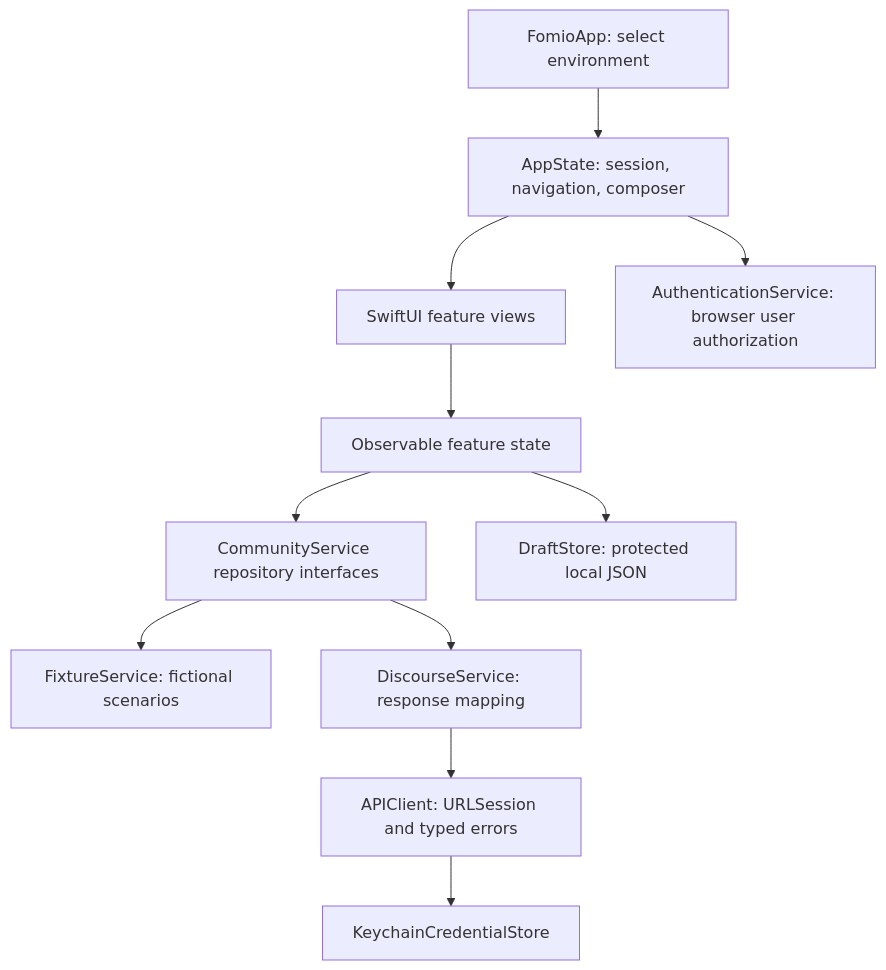
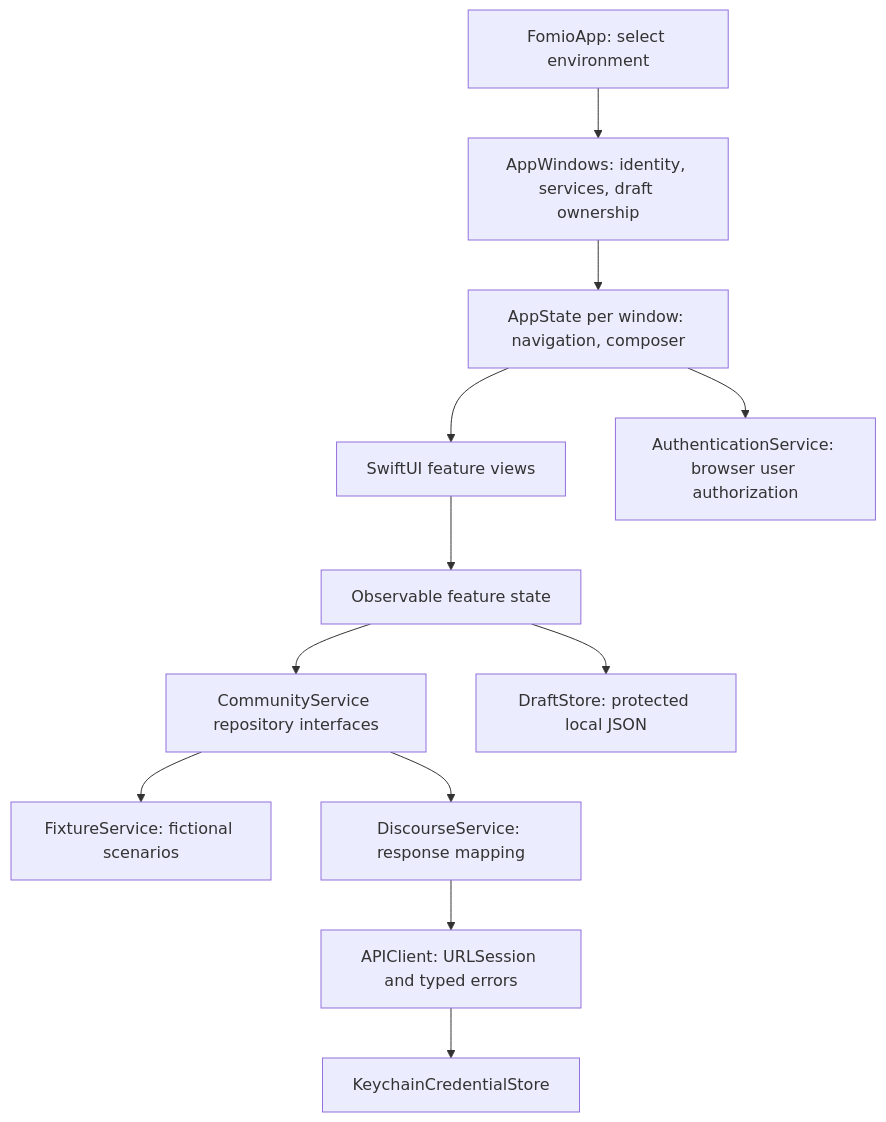
Before and after one commit to ismailzabalawi/Fomio.app: the diagram in docs/architecture.md, drawn with Mermaid. The commit also changed other lines of this file and 477 other files, not shown here.

````diff
--- a/docs/architecture.md
+++ b/docs/architecture.md
@@ -7,13 +17,14 @@
 ```mermaid
 flowchart TD
-  App[FomioApp: select environment] --> State[AppState: session, navigation, composer]
+  App[FomioApp: select environment] --> Shared[AppWindows: identity, services, draft ownership]
+  Shared --> State[AppState per window: navigation, composer]
   State --> Views[SwiftUI feature views]
   Views --> Feature[Observable feature state]
   Feature --> Protocols[CommunityService repository interfaces]
   Protocols --> Fixture[FixtureService: fictional scenarios]
   Protocols --> Discourse[DiscourseService: response mapping]
   Discourse --> Client[APIClient: URLSession and typed errors]
   Client --> Keys[KeychainCredentialStore]
   State --> Auth[AuthenticationService: browser user authorization]
   Feature --> Drafts[DraftStore: protected local JSON]
 ```
````
